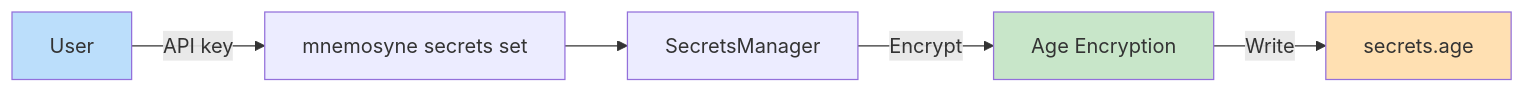
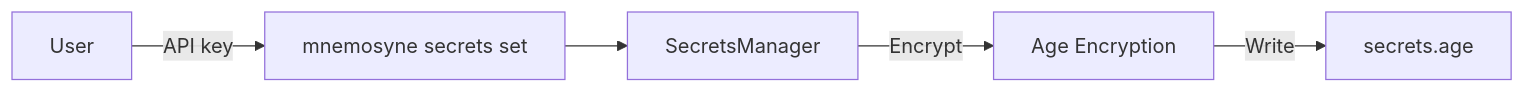
Before and after one commit to rand/mnemosyne: the first of 2 diagrams in SECRETS_MANAGEMENT.md, drawn with Mermaid. The commit also changed other lines of this file and 2 other files, not shown here.

Commit message:
Fix Mermaid diagram rendering issues for GitHub
Removed GitHub-incompatible Mermaid features from 13 diagrams across 7 files:
- Removed %%{init: ...}%% theme directives with custom themeVariables
- Removed style directives for fills, strokes, and colors
- Removed rect rgb(...) background boxes from sequence diagrams
- Preserved core diagram structure and information flow

GitHub's Mermaid renderer has limitations that don't support:
- Custom theme initialization directives
- Custom styling (colors, stroke widths, fills)
- Font size/family customization

All diagrams now use GitHub's default Mermaid theme and should render properly.

Affected files:
- ARCHITECTURE.md (4 diagrams: System Overview, Memory Creation/Retrieval/Context flows)
- MCP_SERVER.md (1 diagram: Architecture flowchart)
- SECRETS_MANAGEMENT.md (2 diagrams: Encryption/Decryption flows)

Other files verified clean:
- docs/guides/llm-reviewer.md (1 simple graph)
- docs/historical/v2-planning/execution-plan.md (3 Gantt charts)
- docs/historical/v2-planning/v2.0-specification.md (1 simple graph)
- CLAUDE.md (1 state diagram)

🤖 Generated with [Claude Code](https://claude.com/claude-code)

````diff
--- a/SECRETS_MANAGEMENT.md
+++ b/SECRETS_MANAGEMENT.md
@@ -347,17 +347,13 @@
 ```mermaid
 flowchart LR
     User[User]
     CLI[mnemosyne secrets set]
     SM[SecretsManager]
     Age[Age Encryption]
     File[secrets.age]
 
     User -->|API key| CLI
     CLI --> SM
     SM -->|Encrypt| Age
     Age -->|Write| File
-
-    style User fill:#bbdefb
-    style File fill:#ffe0b2
-    style Age fill:#c8e6c9
 ```
````
